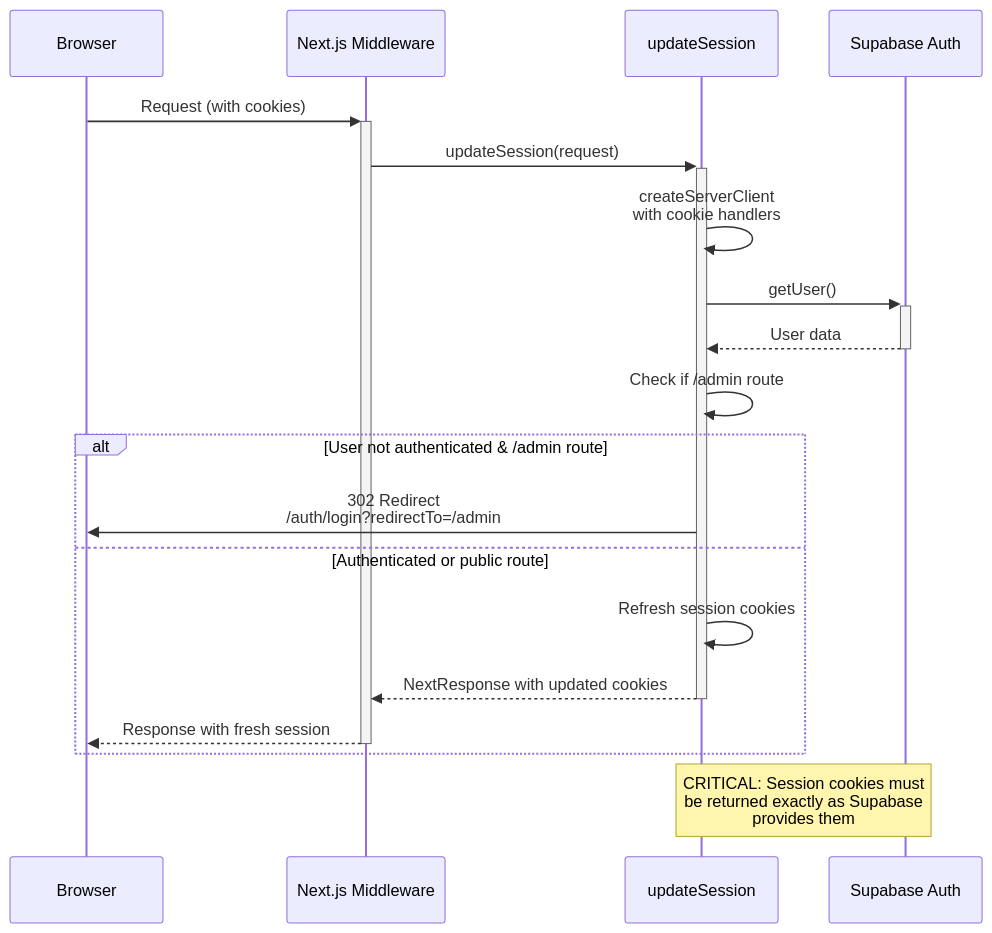
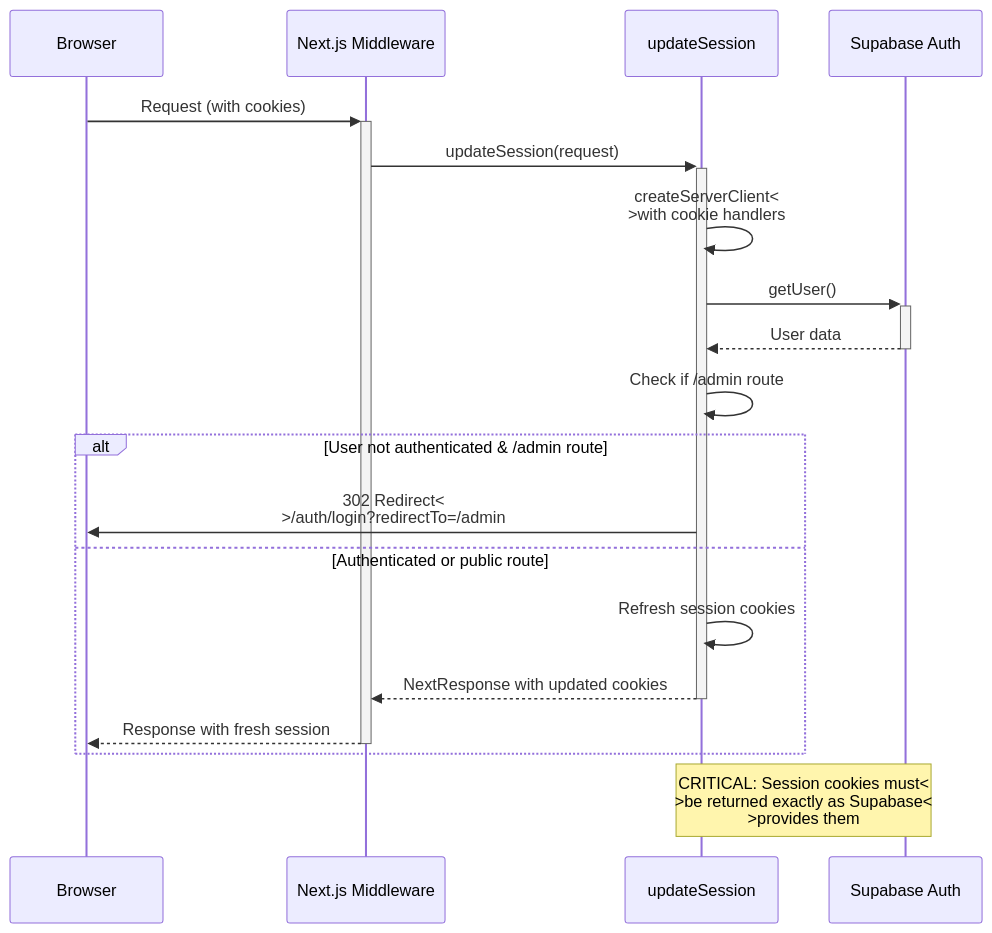
Before and after one commit to the-muppet/defcat-website: the fifth of 5 diagrams in docs/diagrams/authentication-flow.md, drawn with Mermaid. The commit also changed other lines of this file and 6 other files, not shown here.

Commit message:
Standardize mermaid <br> line breaks in documentation diagrams

````diff
--- a/docs/diagrams/authentication-flow.md
+++ b/docs/diagrams/authentication-flow.md
@@ -220,27 +220,27 @@
 ```mermaid
 sequenceDiagram
     participant Browser
     participant Middleware as Next.js Middleware
     participant SupabaseMiddleware as updateSession
     participant Supabase as Supabase Auth
 
     Browser->>+Middleware: Request (with cookies)
     Middleware->>+SupabaseMiddleware: updateSession(request)
 
-    SupabaseMiddleware->>SupabaseMiddleware: createServerClient<br/>with cookie handlers
+    SupabaseMiddleware->>SupabaseMiddleware: createServerClient<<br>>with cookie handlers
 
     SupabaseMiddleware->>+Supabase: getUser()
     Supabase-->>-SupabaseMiddleware: User data
 
     SupabaseMiddleware->>SupabaseMiddleware: Check if /admin route
 
     alt User not authenticated & /admin route
-        SupabaseMiddleware->>Browser: 302 Redirect<br/>/auth/login?redirectTo=/admin
+        SupabaseMiddleware->>Browser: 302 Redirect<<br>>/auth/login?redirectTo=/admin
     else Authenticated or public route
         SupabaseMiddleware->>SupabaseMiddleware: Refresh session cookies
         SupabaseMiddleware-->>-Middleware: NextResponse with updated cookies
         Middleware-->>-Browser: Response with fresh session
     end
 
-    Note over SupabaseMiddleware,Supabase: CRITICAL: Session cookies must<br/>be returned exactly as Supabase<br/>provides them
+    Note over SupabaseMiddleware,Supabase: CRITICAL: Session cookies must<<br>>be returned exactly as Supabase<<br>>provides them
 ```
````
